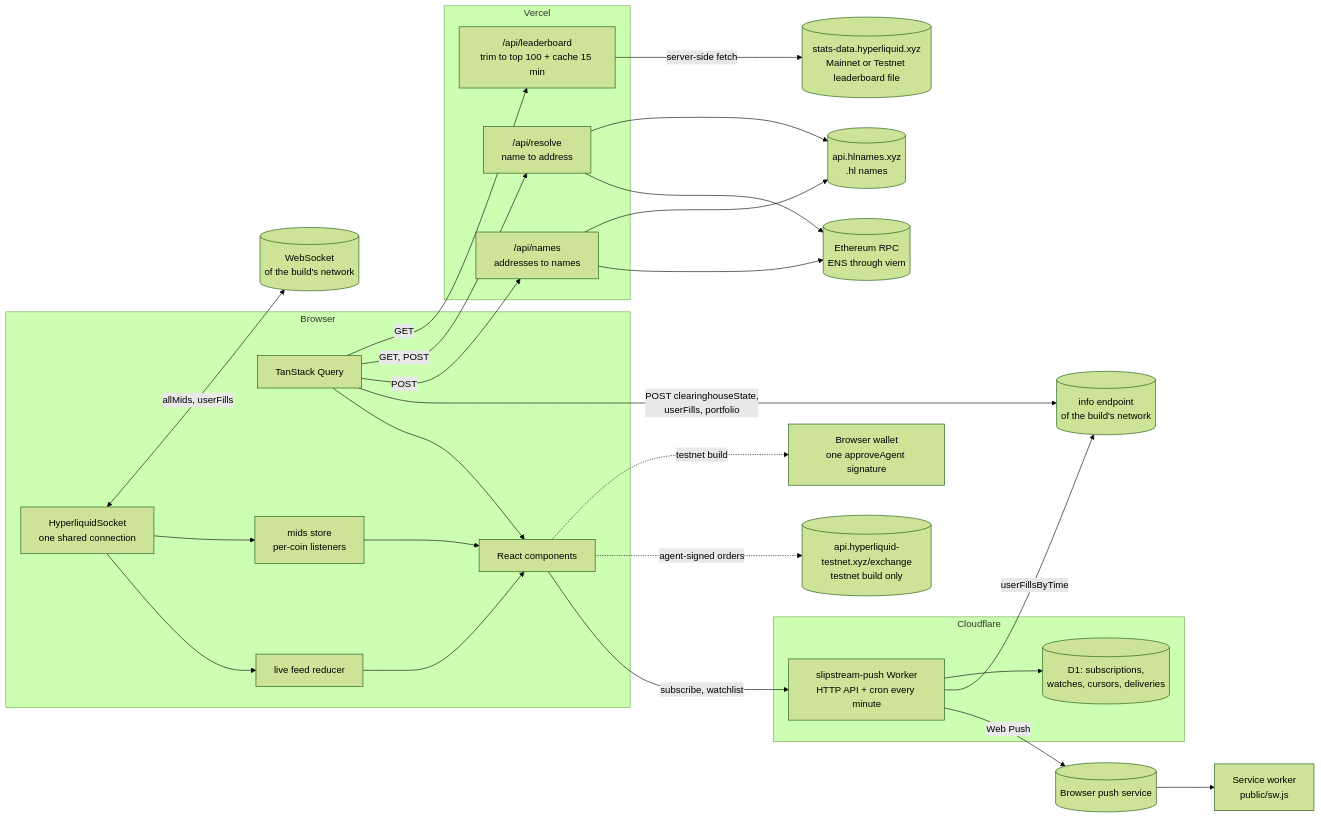
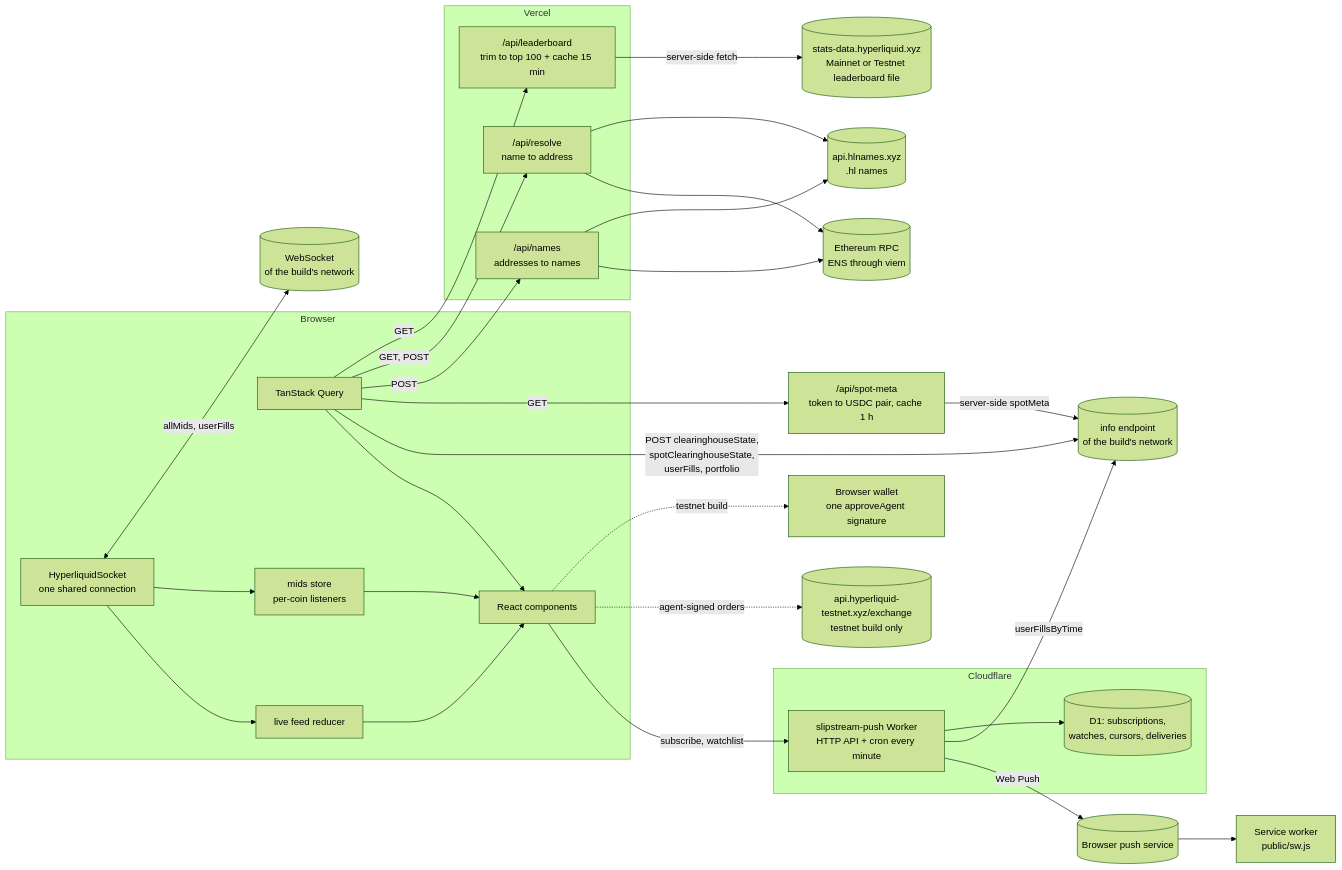
Before and after one commit to lukicenturi/slipstream: the diagram in README.md, drawn with Mermaid (forest theme). The commit also changed other lines of this file and 35 other files, not shown here.

````diff
--- a/README.md
+++ b/README.md
@@ -48,54 +49,57 @@
 ```mermaid
 flowchart LR
   subgraph Browser
     UI[React components]
     Q[TanStack Query]
     WS[HyperliquidSocket<br/>one shared connection]
     Mids[mids store<br/>per-coin listeners]
     Feed[live feed reducer]
   end
 
   subgraph Vercel
     Route["/api/leaderboard<br/>trim to top 100 + cache 15 min"]
     Resolve["/api/resolve<br/>name to address"]
     Names["/api/names<br/>addresses to names"]
   end
 
   Stats[(stats-data.hyperliquid.xyz<br/>Mainnet or Testnet leaderboard file)]
   HLN[(api.hlnames.xyz<br/>.hl names)]
   RPC[(Ethereum RPC<br/>ENS through viem)]
   Info[(info endpoint<br/>of the build's network)]
   Socket[(WebSocket<br/>of the build's network)]
   Exchange[(api.hyperliquid-testnet.xyz/exchange<br/>testnet build only)]
   Wallet[Browser wallet<br/>one approveAgent signature]
 
   subgraph Cloudflare
     PushWorker["slipstream-push Worker<br/>HTTP API + cron every minute"]
     D1[(D1: subscriptions,<br/>watches, cursors, deliveries)]
   end
   PushSvc[(Browser push service)]
   SW[Service worker<br/>public/sw.js]
 
   Q -->|GET| Route
   Route -->|server-side fetch| Stats
   Q -->|GET, POST| Resolve
   Q -->|POST| Names
   Resolve --> HLN
   Resolve --> RPC
   Names --> HLN
   Names --> RPC
-  Q -->|POST clearinghouseState,<br/>userFills, portfolio| Info
+  SpotMeta["/api/spot-meta<br/>token to USDC pair, cache 1 h"]
+  Q -->|GET| SpotMeta
+  SpotMeta -->|server-side spotMeta| Info
+  Q -->|POST clearinghouseState,<br/>spotClearinghouseState,<br/>userFills, portfolio| Info
   WS <-->|allMids, userFills| Socket
   WS --> Mids
   WS --> Feed
   Mids --> UI
   Feed --> UI
   Q --> UI
   UI -.->|testnet build| Wallet
   UI -.->|agent-signed orders| Exchange
   UI -->|subscribe, watchlist| PushWorker
   PushWorker --> D1
   PushWorker -->|userFillsByTime| Info
   PushWorker -->|Web Push| PushSvc
   PushSvc --> SW
 ```
````
